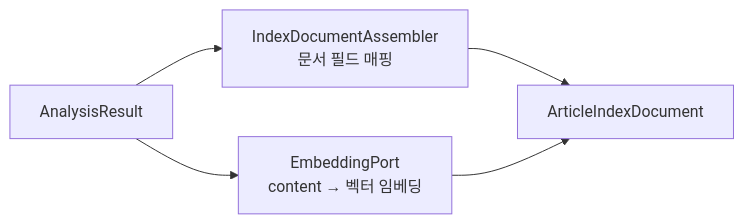
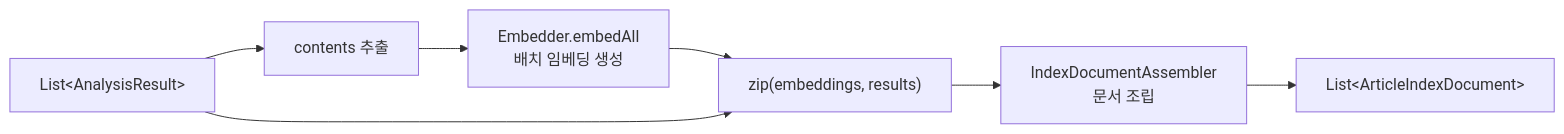
The second of 3 diagrams in indexer/ARCHITECTURE.md (vonkernel/local-incident-tracker), drawn with Mermaid before and after one commit. The commit also changed other lines of this file and 29 other files, not shown here.

````diff
--- a/indexer/ARCHITECTURE.md
+++ b/indexer/ARCHITECTURE.md
@@ -73,7 +71,9 @@
 ```mermaid
 flowchart LR
-    AR[AnalysisResult] --> A1[IndexDocumentAssembler<br/>문서 필드 매핑]
-    AR --> A2[EmbeddingPort<br/>content → 벡터 임베딩]
-    A1 --> R["ArticleIndexDocument"]
-    A2 --> R
+    AR["List&lt;AnalysisResult&gt;"] --> C["contents 추출"]
+    C --> E["Embedder.embedAll<br/>배치 임베딩 생성"]
+    E --> Z["zip(embeddings, results)"]
+    AR --> Z
+    Z --> A["IndexDocumentAssembler<br/>문서 조립"]
+    A --> R["List&lt;ArticleIndexDocument&gt;"]
 ```
````
